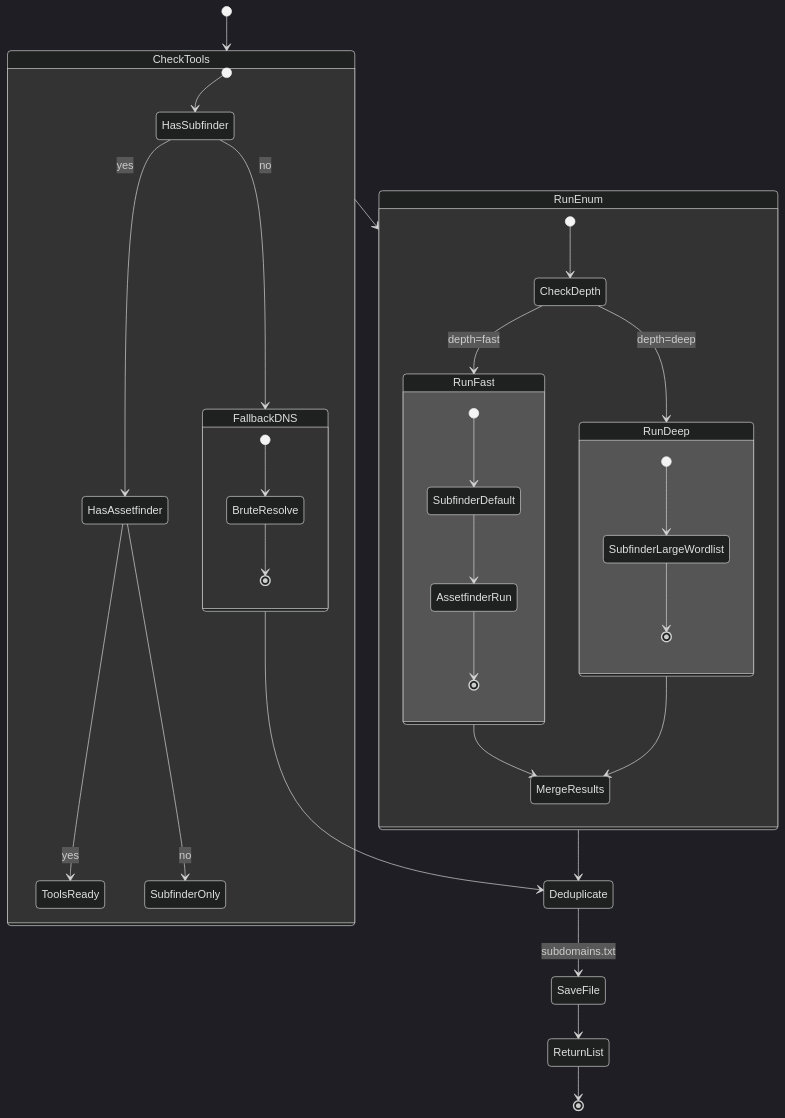
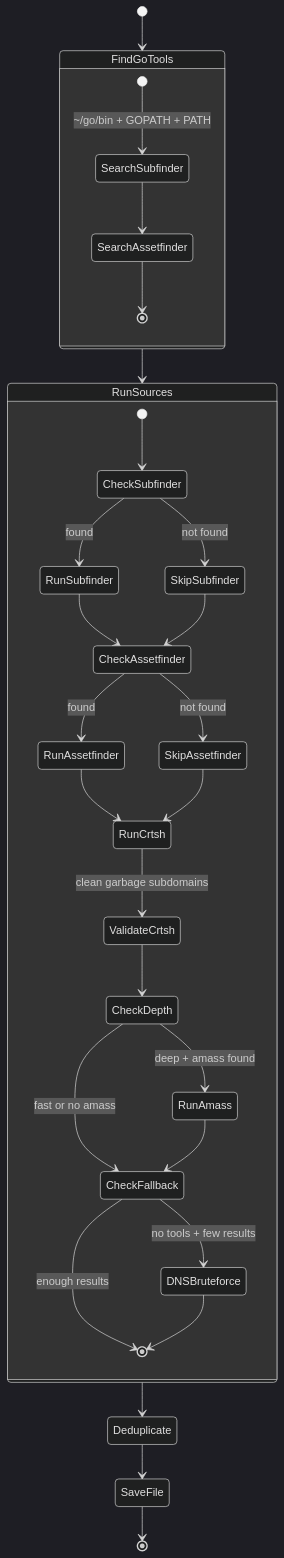
The second of 12 diagrams in state_machines.md (minhnnptit/reconrisk), drawn with Mermaid (dark theme) before and after one commit. The commit also changed other lines of this file and 9 other files, not shown here.

````diff
--- a/state_machines.md
+++ b/state_machines.md
@@ -60,45 +69,42 @@
 ```mermaid
 stateDiagram-v2
-    [*] --> CheckTools
+    [*] --> FindGoTools
 
-    state CheckTools {
-        [*] --> HasSubfinder
-        HasSubfinder --> HasAssetfinder : yes
-        HasSubfinder --> FallbackDNS : no
-        HasAssetfinder --> ToolsReady : yes
-        HasAssetfinder --> SubfinderOnly : no
+    state FindGoTools {
+        [*] --> SearchSubfinder : ~/go/bin + GOPATH + PATH
+        SearchSubfinder --> SearchAssetfinder
+        SearchAssetfinder --> [*]
     }
 
-    CheckTools --> RunEnum
+    FindGoTools --> RunSources
 
-    state RunEnum {
-        [*] --> CheckDepth
-        CheckDepth --> RunFast : depth=fast
-        CheckDepth --> RunDeep : depth=deep
-
-        state RunFast {
-            [*] --> SubfinderDefault
-            SubfinderDefault --> AssetfinderRun
-            AssetfinderRun --> [*]
-        }
-
-        state RunDeep {
-            [*] --> SubfinderLargeWordlist
-            SubfinderLargeWordlist --> [*]
-        }
-
-        RunFast --> MergeResults
-        RunDeep --> MergeResults
+    state RunSources {
+        [*] --> CheckSubfinder
+        CheckSubfinder --> RunSubfinder : found
+        CheckSubfinder --> SkipSubfinder : not found
+        
+        RunSubfinder --> CheckAssetfinder
+        SkipSubfinder --> CheckAssetfinder
+        
+        CheckAssetfinder --> RunAssetfinder : found
+        CheckAssetfinder --> SkipAssetfinder : not found
+        
+        RunAssetfinder --> RunCrtsh
+        SkipAssetfinder --> RunCrtsh
+        
+        RunCrtsh --> ValidateCrtsh : clean garbage subdomains
+        ValidateCrtsh --> CheckDepth
+        
+        CheckDepth --> RunAmass : deep + amass found
+        CheckDepth --> CheckFallback : fast or no amass
+        
+        RunAmass --> CheckFallback
+        CheckFallback --> DNSBruteforce : no tools + few results
+        CheckFallback --> [*] : enough results
+        DNSBruteforce --> [*]
     }
 
-    state FallbackDNS {
-        [*] --> BruteResolve
-        BruteResolve --> [*]
-    }
-
-    RunEnum --> Deduplicate
-    FallbackDNS --> Deduplicate
-    Deduplicate --> SaveFile : subdomains.txt
-    SaveFile --> ReturnList
-    ReturnList --> [*]
+    RunSources --> Deduplicate
+    Deduplicate --> SaveFile
+    SaveFile --> [*]
 ```
````
